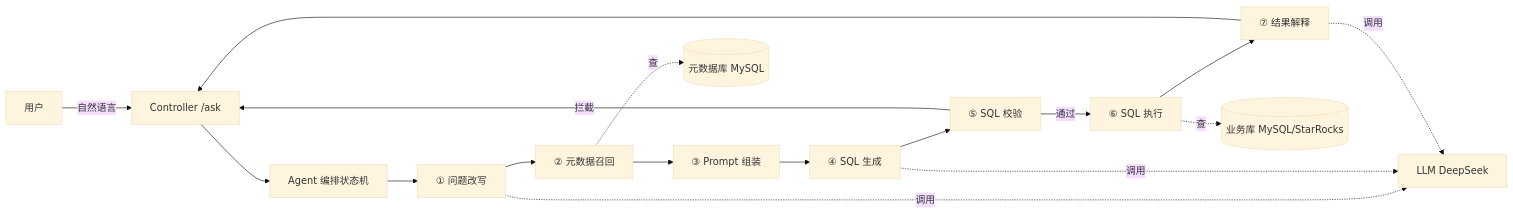
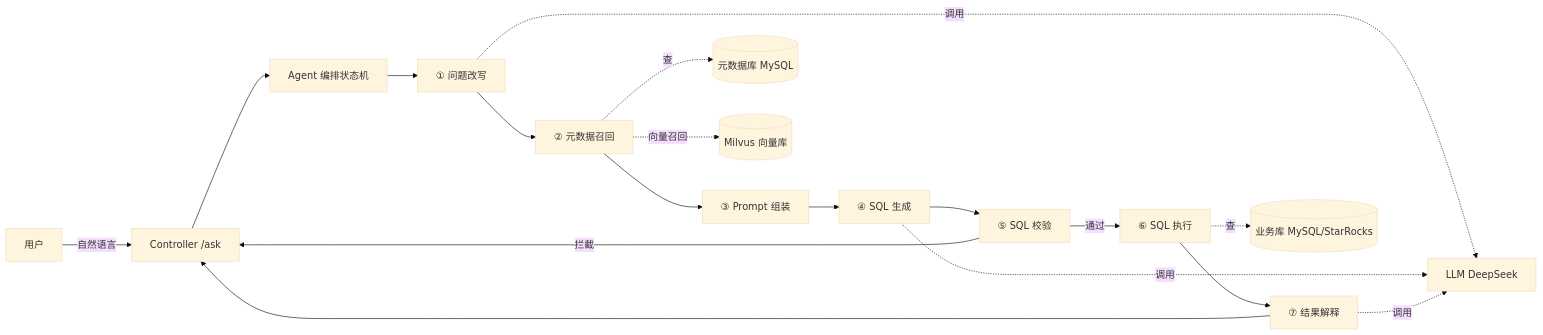
One commit to zlf-git/DataPilot changed the diagram in docs/TECH_DESIGN.md. Above: the diagram before and after it, drawn with Mermaid (base theme). The commit also changed other lines of this file and 1 other file, not shown here.

Commit message:
docs: RAG 改为 Milvus 向量检索(选型+架构图+设计决策)

````diff
--- a/docs/TECH_DESIGN.md
+++ b/docs/TECH_DESIGN.md
@@ -31,20 +33,21 @@
 ```mermaid
 graph LR
     U[用户] -->|自然语言| C[Controller /ask]
     C --> O[Agent 编排状态机]
     O --> S1[① 问题改写]
     S1 --> S2[② 元数据召回]
     S2 --> S3[③ Prompt 组装]
     S3 --> S4[④ SQL 生成]
     S4 --> S5[⑤ SQL 校验]
     S5 -->|通过| S6[⑥ SQL 执行]
     S5 -->|拦截| C
     S6 --> S7[⑦ 结果解释]
     S7 --> C
 
     S1 -.调用.-> LLM[LLM DeepSeek]
     S4 -.调用.-> LLM
     S7 -.调用.-> LLM
     S2 -.查.-> META[(元数据库 MySQL)]
+    S2 -.向量召回.-> VEC[(Milvus 向量库)]
     S6 -.查.-> BUS[(业务库 MySQL/StarRocks)]
 ```
````
